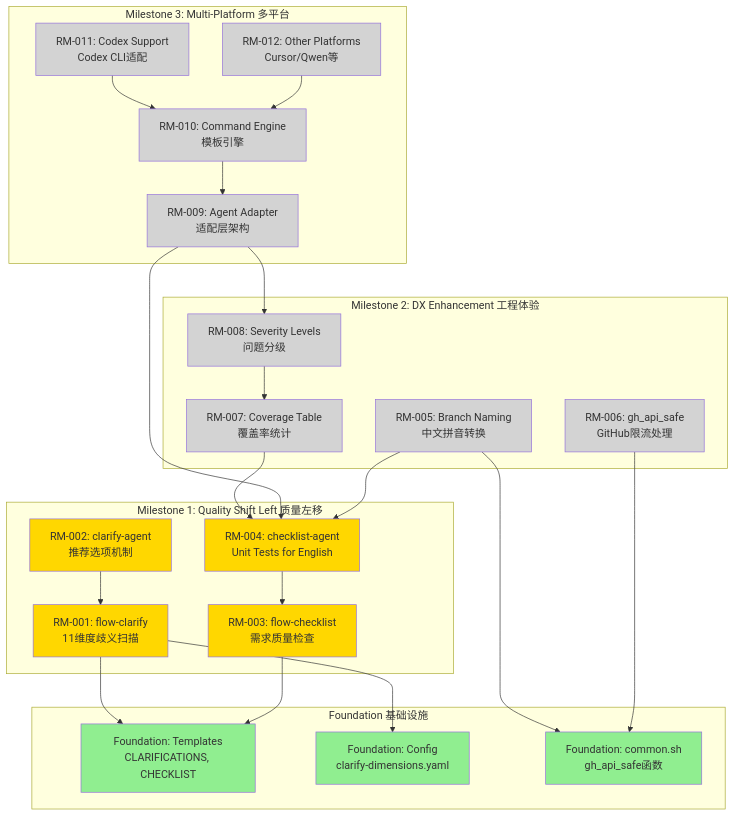
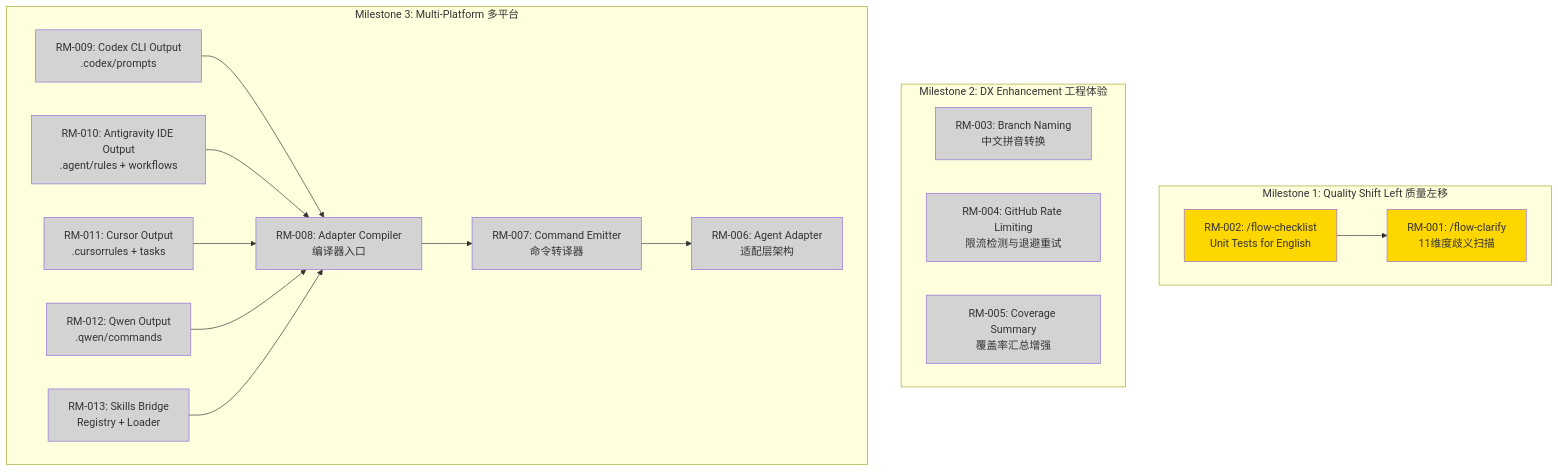
Before and after one commit to Dimon94/cc-devflow: the fourth of 4 diagrams in devflow/ARCHITECTURE.md, drawn with Mermaid. The commit also changed other lines of this file and 15 other files, not shown here.

````diff
--- a/devflow/ARCHITECTURE.md
+++ b/devflow/ARCHITECTURE.md
@@ -297,69 +337,50 @@
 ```mermaid
 graph TD
     subgraph "Milestone 1: Quality Shift Left 质量左移"
-        RM001[RM-001: flow-clarify<br/>11维度歧义扫描]
-        RM002[RM-002: clarify-agent<br/>推荐选项机制]
-        RM003[RM-003: flow-checklist<br/>需求质量检查]
-        RM004[RM-004: checklist-agent<br/>Unit Tests for English]
+        RM001[RM-001: /flow-clarify<br/>11维度歧义扫描]
+        RM002[RM-002: /flow-checklist<br/>Unit Tests for English]
     end
 
     subgraph "Milestone 2: DX Enhancement 工程体验"
-        RM005[RM-005: Branch Naming<br/>中文拼音转换]
-        RM006[RM-006: gh_api_safe<br/>GitHub限流处理]
-        RM007[RM-007: Coverage Table<br/>覆盖率统计]
-        RM008[RM-008: Severity Levels<br/>问题分级]
+        RM003[RM-003: Branch Naming<br/>中文拼音转换]
+        RM004[RM-004: GitHub Rate Limiting<br/>限流检测与退避重试]
+        RM005[RM-005: Coverage Summary<br/>覆盖率汇总增强]
     end
 
     subgraph "Milestone 3: Multi-Platform 多平台"
-        RM009[RM-009: Agent Adapter<br/>适配层架构]
-        RM010[RM-010: Command Engine<br/>模板引擎]
-        RM011[RM-011: Codex Support<br/>Codex CLI适配]
-        RM012[RM-012: Other Platforms<br/>Cursor/Qwen等]
-    end
+        RM006[RM-006: Agent Adapter<br/>适配层架构]
+        RM007[RM-007: Command Emitter<br/>命令转译器]
+        RM008[RM-008: Adapter Compiler<br/>编译器入口]
+        RM009[RM-009: Codex CLI Output<br/>.codex/prompts]
+        RM010[RM-010: Antigravity IDE Output<br/>.agent/rules + workflows]
+        RM011[RM-011: Cursor Output<br/>.cursorrules + tasks]
+        RM012[RM-012: Qwen Output<br/>.qwen/commands]
+    RM013[RM-013: Skills Bridge<br/>Registry + Loader]
+end
 
-    subgraph "Foundation 基础设施"
-        FOUND001[Foundation: Templates<br/>CLARIFICATIONS, CHECKLIST]
-        FOUND002[Foundation: Config<br/>clarify-dimensions.yaml]
-        FOUND003[Foundation: common.sh<br/>gh_api_safe函数]
-    end
-
-    %% P0 依赖
-    RM001 --> FOUND001
-    RM001 --> FOUND002
+    %% Dependencies
     RM002 --> RM001
-    RM003 --> FOUND001
-    RM004 --> RM003
-
-    %% P1 依赖
-    RM005 --> FOUND003
-    RM006 --> FOUND003
-    RM007 --> RM004
+    RM007 --> RM006
     RM008 --> RM007
-
-    %% P2 依赖
-    RM009 --> RM004
-    RM010 --> RM009
-    RM011 --> RM010
-    RM012 --> RM010
-
-    %% 里程碑依赖
-    RM005 --> RM004
     RM009 --> RM008
+    RM010 --> RM008
+    RM011 --> RM008
+    RM012 --> RM008
+    RM013 --> RM008
 
     %% 样式
     style RM001 fill:#FFD700
     style RM002 fill:#FFD700
     style RM003 fill:#FFD700
-    style RM004 fill:#FFD700
+    style RM003 fill:#D3D3D3
+    style RM004 fill:#D3D3D3
     style RM005 fill:#D3D3D3
     style RM006 fill:#D3D3D3
     style RM007 fill:#D3D3D3
     style RM008 fill:#D3D3D3
     style RM009 fill:#D3D3D3
     style RM010 fill:#D3D3D3
     style RM011 fill:#D3D3D3
     style RM012 fill:#D3D3D3
-    style FOUND001 fill:#90EE90
-    style FOUND002 fill:#90EE90
-    style FOUND003 fill:#90EE90
+    style RM013 fill:#D3D3D3
 ```
````
